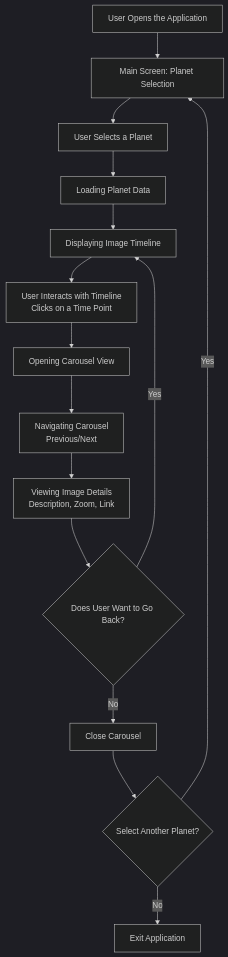
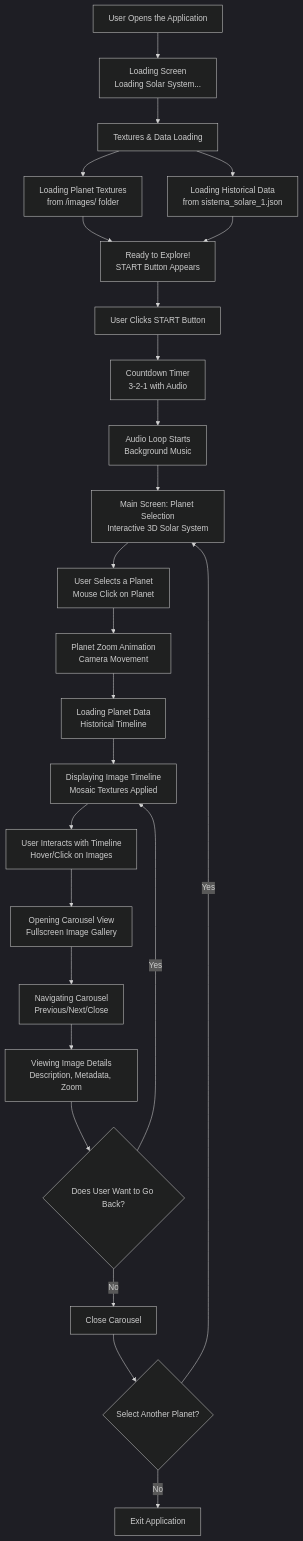
The diagram in readme.md (mattiapiatti/DDD-2025-Group9), drawn with Mermaid (dark theme) before and after one commit.

Commit message:
Add loading screen and countdown timer with audio to enhance user experience

````diff
--- a/readme.md
+++ b/readme.md
@@ -52,17 +52,27 @@
 ```mermaid
 graph TD
-    A[User Opens the Application] --> B[Main Screen: Planet Selection]
-    B --> C[User Selects a Planet]
-    C --> D[Loading Planet Data]
-    D --> E[Displaying Image Timeline]
-    E --> F[User Interacts with Timeline<br/>Clicks on a Time Point]
-    F --> G[Opening Carousel View]
-    G --> H[Navigating Carousel<br/>Previous/Next]
-    H --> I[Viewing Image Details<br/>Description, Zoom, Link]
-    I --> J{Does User Want to Go Back?}
-    J -->|Yes| E
-    J -->|No| K[Close Carousel]
-    K --> L{Select Another Planet?}
-    L -->|Yes| B
-    L -->|No| M[Exit Application]
+    A[User Opens the Application] --> B[Loading Screen<br/>Loading Solar System...]
+    B --> C[Textures & Data Loading]
+    C --> C1[Loading Planet Textures<br/>from /images/ folder]
+    C --> C2[Loading Historical Data<br/>from sistema_solare_1.json]
+    C1 --> D[Ready to Explore!<br/>START Button Appears]
+    C2 --> D
+    D --> E[User Clicks START Button]
+    E --> F[Countdown Timer<br/>3-2-1 with Audio]
+    F --> G[Audio Loop Starts<br/>Background Music]
+    G --> H[Main Screen: Planet Selection<br/>Interactive 3D Solar System]
+    H --> I[User Selects a Planet<br/>Mouse Click on Planet]
+    I --> J[Planet Zoom Animation<br/>Camera Movement]
+    J --> K[Loading Planet Data<br/>Historical Timeline]
+    K --> L[Displaying Image Timeline<br/>Mosaic Textures Applied]
+    L --> M[User Interacts with Timeline<br/>Hover/Click on Images]
+    M --> N[Opening Carousel View<br/>Fullscreen Image Gallery]
+    N --> O[Navigating Carousel<br/>Previous/Next/Close]
+    O --> P[Viewing Image Details<br/>Description, Metadata, Zoom]
+    P --> Q{Does User Want to Go Back?}
+    Q -->|Yes| L
+    Q -->|No| R[Close Carousel]
+    R --> S{Select Another Planet?}
+    S -->|Yes| H
+    S -->|No| T[Exit Application]
 ```
````
